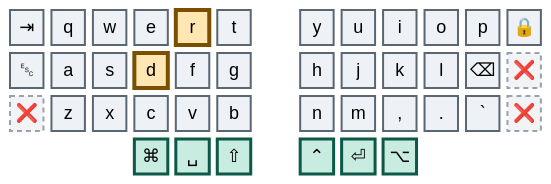
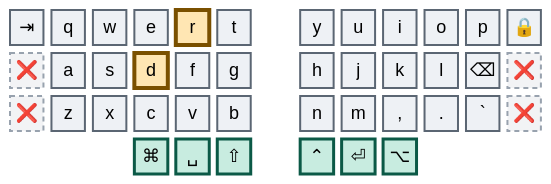
One commit to abloch/zmk-corne changed the third of 41 diagrams in combos.md. Above: the diagram before and after it, drawn with Mermaid. The commit also changed other lines of this file and 5 other files, not shown here.

````diff
--- a/combos.md
+++ b/combos.md
@@ -77,21 +77,21 @@
 ```mermaid
 %%{init: {'theme':'base','themeVariables':{'primaryColor':'#eef1f5','primaryTextColor':'#0b0f14','primaryBorderColor':'#5b6673','nodeTextColor':'#0b0f14','textColor':'#0b0f14','mainBkg':'#eef1f5','fontSize':'18px'}}}%%
 block
 columns 13
 
   tab["⇥"] q w e r t space y u i o p lock["🔒"]
-  esc["␛"] a s d f g space h j k l bspc["⌫"] x1["❌"]
+  x4["❌"] a s d f g space h j k l bspc["⌫"] x1["❌"]
   x2["❌"] z x c v b space n m cma[","] dot["."] grv[" `"] x3["❌"]
   space:3 cmd["⌘"] spc["␣"] sft["⇧"] space ctl["⌃"] ent["⏎"] alt["⌥"] space:3
 
   classDef anchor fill:#bfe6f0,stroke:#0a4f63,stroke-width:4px,color:#04222b
   classDef trig fill:#ffe6b3,stroke:#7a5000,stroke-width:4px,color:#2e1e00
   classDef core fill:#eef1f5,stroke:#5b6673,stroke-width:2px,color:#0b0f14
   classDef thumb fill:#c8ece0,stroke:#0b5946,stroke-width:3px,color:#06241c
   classDef dead fill:#f2f3f5,stroke:#98a2ae,stroke-width:2px,stroke-dasharray:5 4,color:#5b6673
 
   class r,d trig
-  class tab,q,w,e,t,y,u,i,o,p,lock,esc,a,s,f,g,h,j,k,l,bspc,z,x,c,v,b,n,m,cma,dot,grv core
+  class tab,q,w,e,t,y,u,i,o,p,lock,a,s,f,g,h,j,k,l,bspc,z,x,c,v,b,n,m,cma,dot,grv core
   class cmd,spc,sft,ctl,ent,alt thumb
-  class x1,x2,x3 dead
+  class x1,x2,x3,x4 dead
 ```
````
